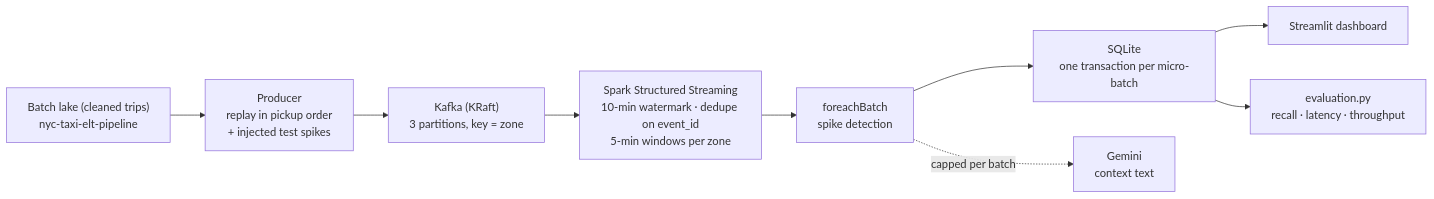
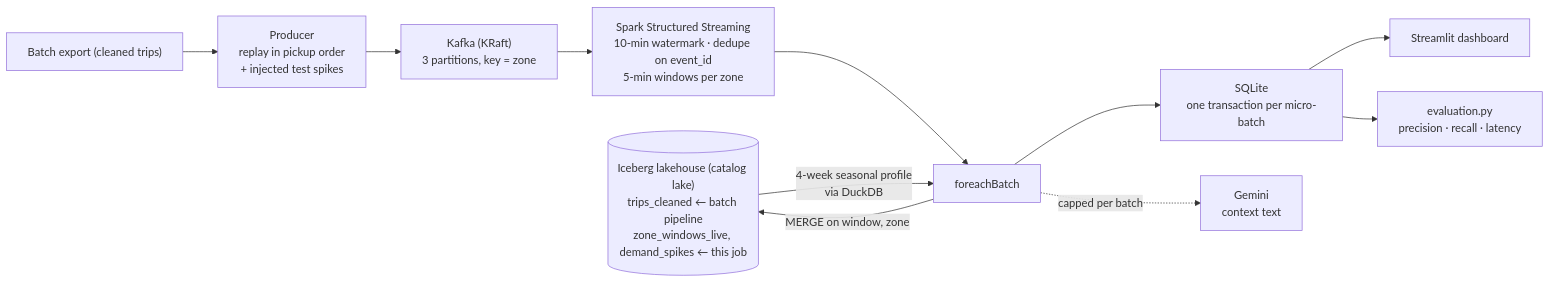
Before and after one commit to notparthh0/nyc-taxi-streaming: the diagram in README.md, drawn with Mermaid. The commit also changed other lines of this file and 5 other files, not shown here.

Commit message:
test, docs: seasonal and Iceberg tests; README with detector comparison

````diff
--- a/README.md
+++ b/README.md
@@ -18,11 +20,14 @@
 ```mermaid
 flowchart LR
-    LAKE["Batch lake (cleaned trips)<br/>nyc-taxi-elt-pipeline"] --> P["Producer<br/>replay in pickup order<br/>+ injected test spikes"]
+    ICE[("Iceberg lakehouse (catalog lake)<br/>trips_cleaned ← batch pipeline<br/>zone_windows_live, demand_spikes ← this job")]
+    LAKE["Batch export (cleaned trips)"] --> P["Producer<br/>replay in pickup order<br/>+ injected test spikes"]
     P --> K["Kafka (KRaft)<br/>3 partitions, key = zone"]
     K --> S["Spark Structured Streaming<br/>10-min watermark · dedupe on event_id<br/>5-min windows per zone"]
-    S --> FB["foreachBatch<br/>spike detection"]
+    S --> FB["foreachBatch"]
+    ICE -->|4-week seasonal profile<br/>via DuckDB| FB
     FB --> DB["SQLite<br/>one transaction per micro-batch"]
+    FB -->|MERGE on window, zone| ICE
     FB -.->|capped per batch| G["Gemini<br/>context text"]
     DB --> D["Streamlit dashboard"]
-    DB --> E["evaluation.py<br/>recall · latency · throughput"]
+    DB --> E["evaluation.py<br/>precision · recall · latency"]
 ```
````
